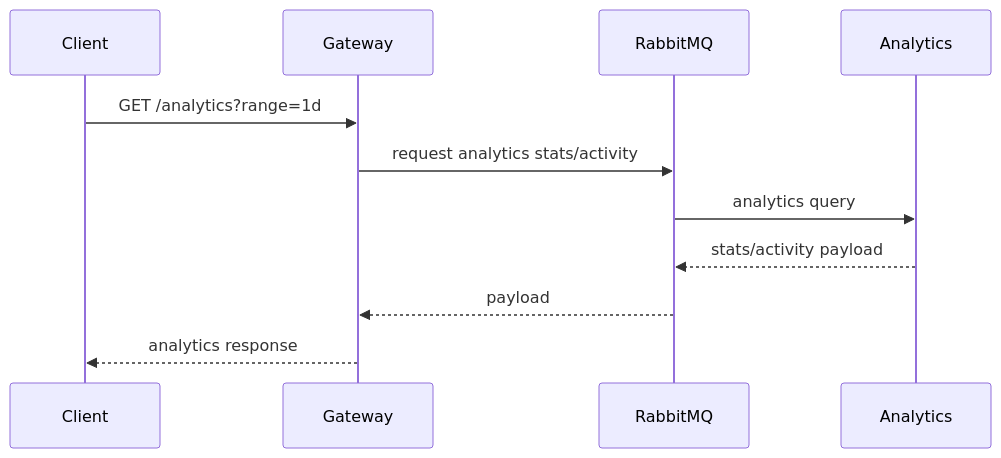
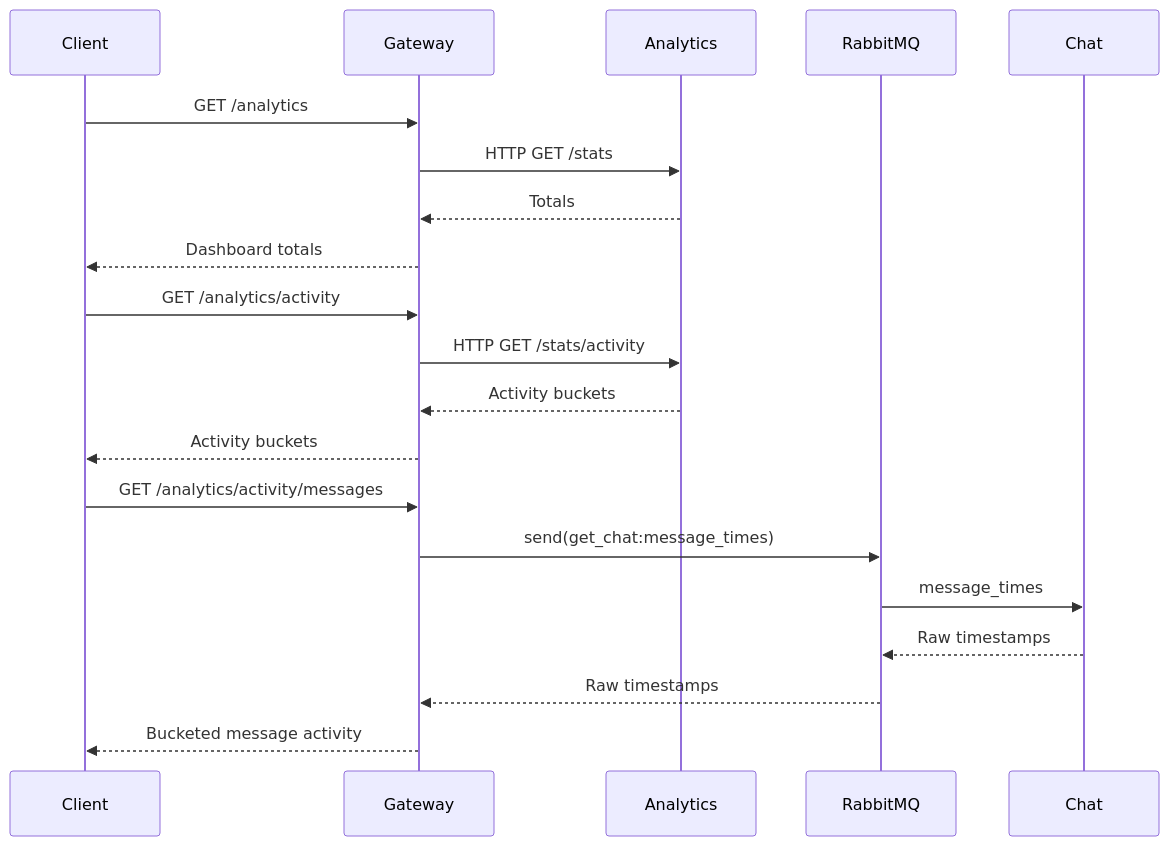
The seventh of 7 diagrams in docs/architecture.md (eamtcPROG/DASI), drawn with Mermaid before and after one commit. The commit also changed other lines of this file and 1 other file, not shown here.

Commit message:
docs: refresh architecture and project presentation

````diff
--- a/docs/architecture.md
+++ b/docs/architecture.md
@@ -175,14 +438,25 @@
 ```mermaid
 sequenceDiagram
     participant C as Client
     participant G as Gateway
+    participant A as Analytics
     participant R as RabbitMQ
-    participant A as Analytics
+    participant Ch as Chat
 
-    C->>G: GET /analytics?range=1d
-    G->>R: request analytics stats/activity
-    R->>A: analytics query
-    A-->>R: stats/activity payload
-    R-->>G: payload
-    G-->>C: analytics response
+    C->>G: GET /analytics
+    G->>A: HTTP GET /stats
+    A-->>G: Totals
+    G-->>C: Dashboard totals
+
+    C->>G: GET /analytics/activity
+    G->>A: HTTP GET /stats/activity
+    A-->>G: Activity buckets
+    G-->>C: Activity buckets
+
+    C->>G: GET /analytics/activity/messages
+    G->>R: send(get_chat:message_times)
+    R->>Ch: message_times
+    Ch-->>R: Raw timestamps
+    R-->>G: Raw timestamps
+    G-->>C: Bucketed message activity
 ```
````
